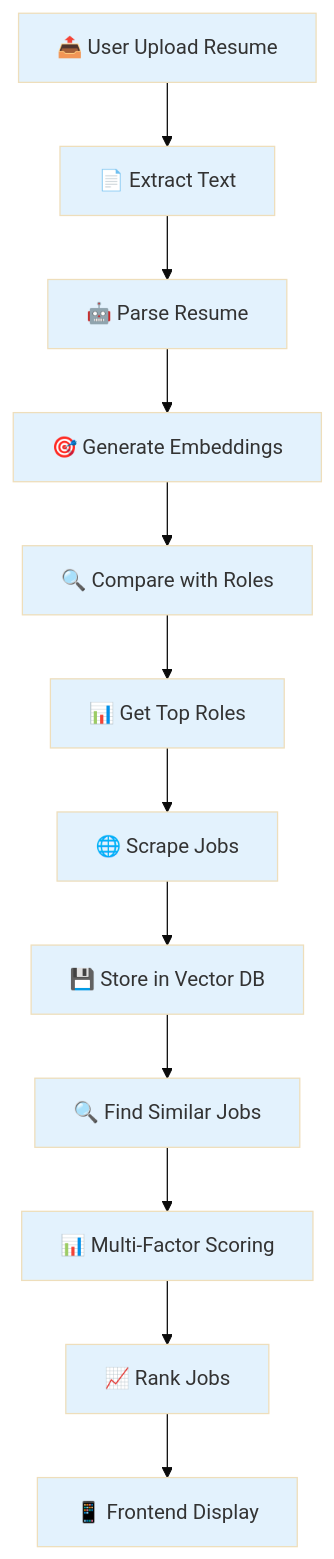
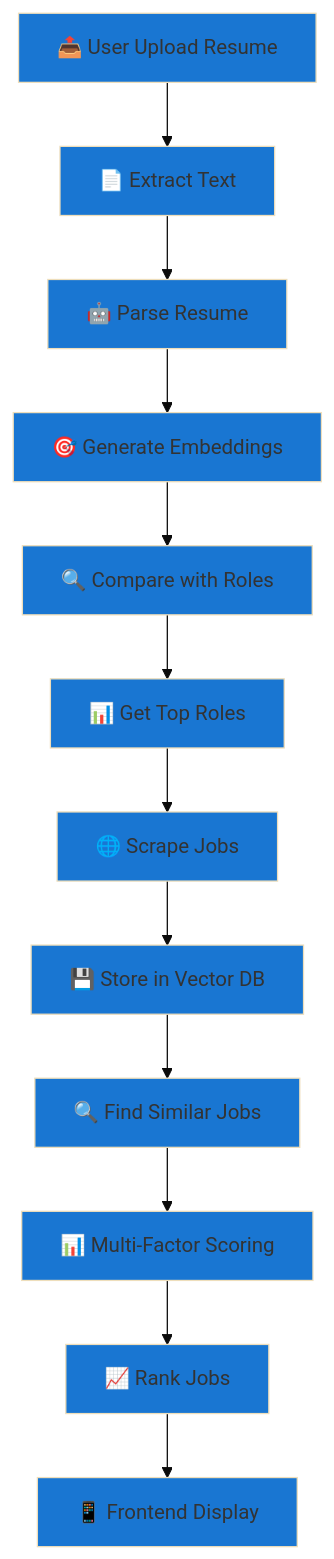
One commit to debnathsanju4803/AI-Job-Recommendation-System changed the diagram in README.md. Above: the diagram before and after it, drawn with Mermaid (base theme).

Commit message:
dark fixed

````diff
--- a/README.md
+++ b/README.md
@@ -71,31 +71,31 @@
 ```mermaid
 flowchart TD
     A[📤 User Upload Resume] --> B[📄 Extract Text]
     B --> C[🤖 Parse Resume]
     C --> D[🎯 Generate Embeddings]
     
     D --> E[🔍 Compare with Roles]
     E --> F[📊 Get Top Roles]
     
     F --> G[🌐 Scrape Jobs]
     G --> H[💾 Store in Vector DB]
     H --> I[🔍 Find Similar Jobs]
     
     I --> J[📊 Multi-Factor Scoring]
     J --> K[📈 Rank Jobs]
     
     K --> L[📱 Frontend Display]
     
-    style A fill:#e3f2fd
-    style B fill:#e3f2fd
-    style C fill:#e3f2fd
-    style D fill:#e3f2fd
-    style E fill:#e3f2fd
-    style F fill:#e3f2fd
-    style G fill:#e3f2fd
-    style H fill:#e3f2fd
-    style I fill:#e3f2fd
-    style J fill:#e3f2fd
-    style K fill:#e3f2fd
-    style L fill:#e3f2fd
+    style A fill:#1976d2
+    style B fill:#1976d2
+    style C fill:#1976d2
+    style D fill:#1976d2
+    style E fill:#1976d2
+    style F fill:#1976d2
+    style G fill:#1976d2
+    style H fill:#1976d2
+    style I fill:#1976d2
+    style J fill:#1976d2
+    style K fill:#1976d2
+    style L fill:#1976d2
 ```
````
